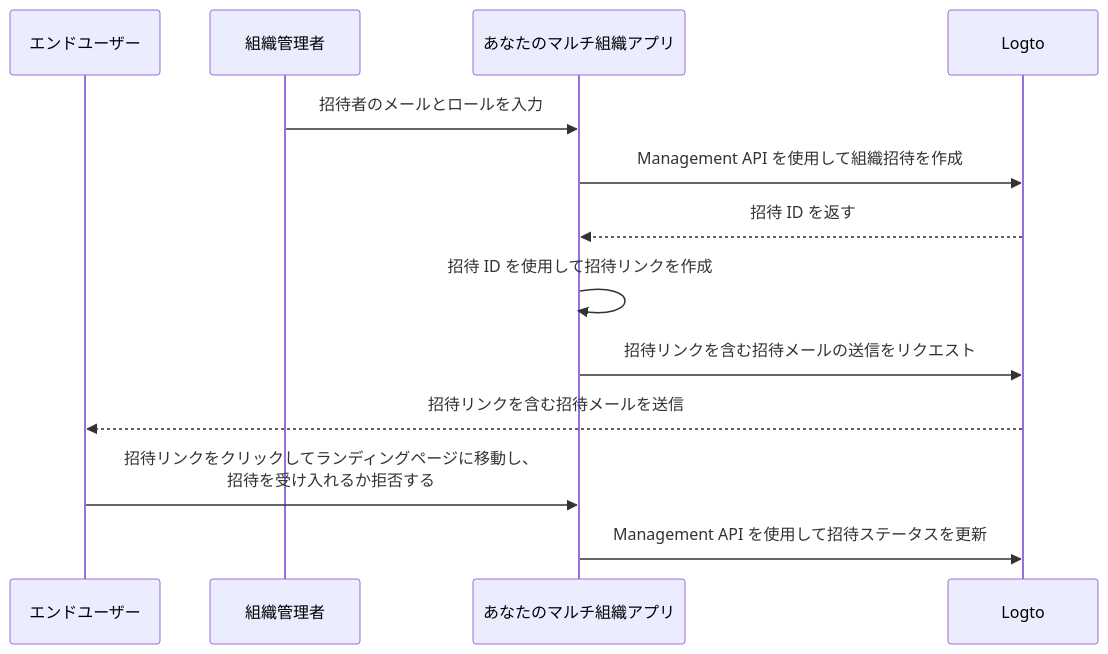
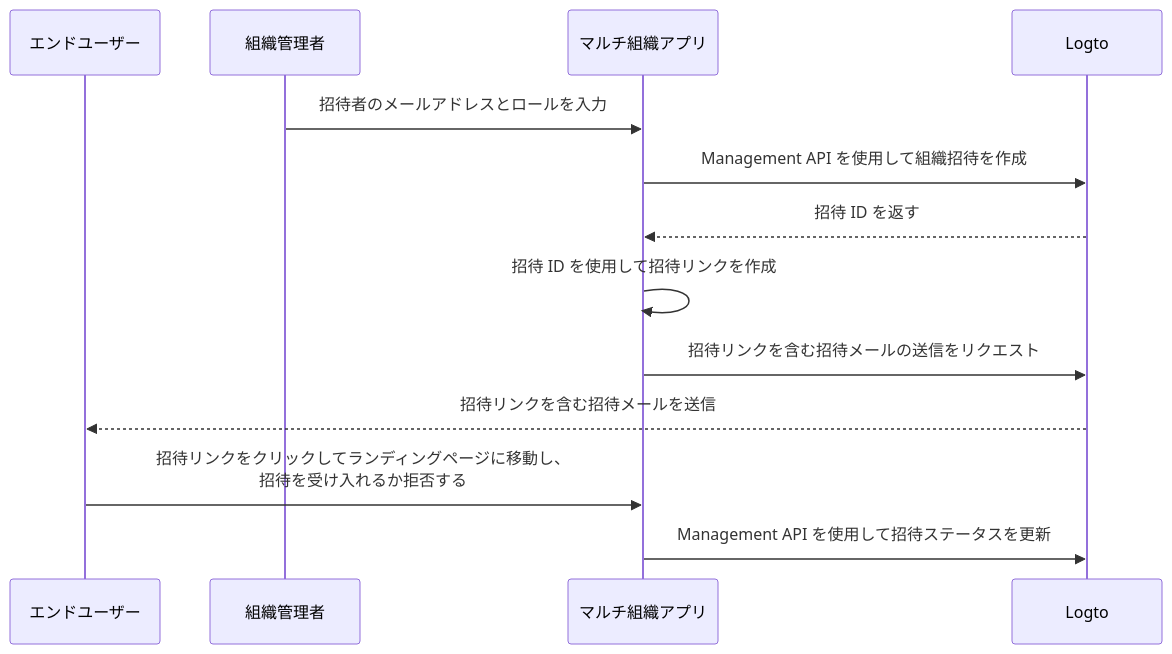
The diagram in i18n/ja/docusaurus-plugin-content-docs/current/end-user-flows/organization-experience/invite-organization-members.mdx (logto-io/docs), drawn with Mermaid before and after one commit. The commit also changed other lines of this file and 407 other files, not shown here.

````diff
--- a/i18n/ja/docusaurus-plugin-content-docs/current/end-user-flows/organization-experience/invite-organization-members.mdx
+++ b/i18n/ja/docusaurus-plugin-content-docs/current/end-user-flows/organization-experience/invite-organization-members.mdx
@@ -13,16 +13,16 @@
 ```mermaid
 sequenceDiagram
 	Participant U as エンドユーザー
   Participant A as 組織管理者
-  Participant C as あなたのマルチ組織アプリ
+  Participant C as マルチ組織アプリ
 	Participant L as Logto
 
-  A ->> C: 招待者のメールとロールを入力
+  A ->> C: 招待者のメールアドレスとロールを入力
   C ->> L: Management API を使用して組織招待を作成
   L -->> C: 招待 ID を返す
   C ->> C: 招待 ID を使用して招待リンクを作成
   C ->> L: 招待リンクを含む招待メールの送信をリクエスト
   L -->> U: 招待リンクを含む招待メールを送信
   U ->> C: 招待リンクをクリックしてランディングページに移動し、<br />招待を受け入れるか拒否する
   C ->> L: Management API を使用して招待ステータスを更新
 ```
````
